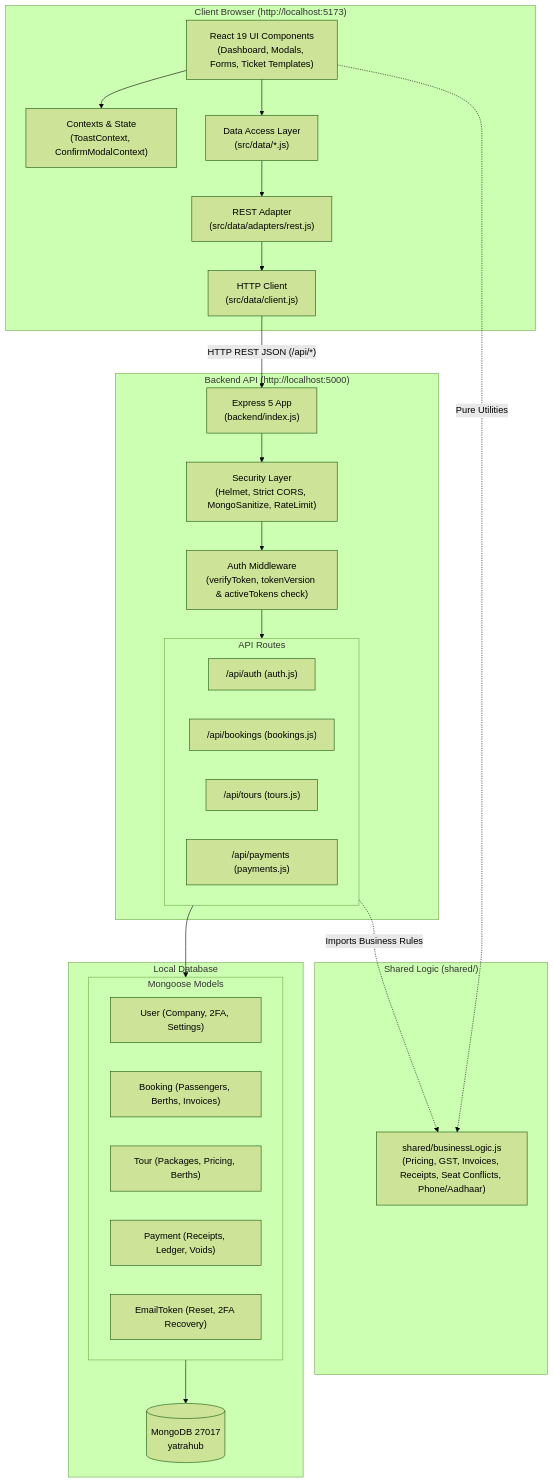
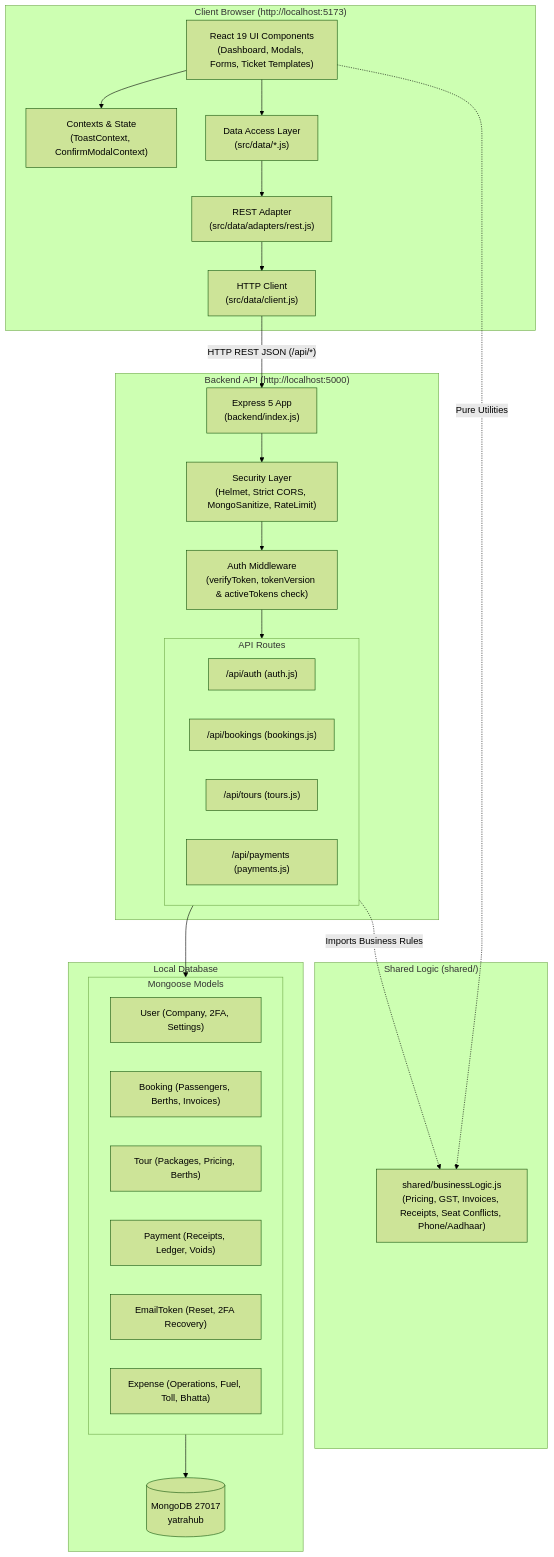
One commit to unbekannt01/Travel-Booking-System changed the diagram in docs/ARCHITECTURE.md. Above: the diagram before and after it, drawn with Mermaid (forest theme). The commit also changed other lines of this file and 20 other files, not shown here.

````diff
--- a/docs/ARCHITECTURE.md
+++ b/docs/ARCHITECTURE.md
@@ -16,53 +16,54 @@
 ```mermaid
 graph TD
     subgraph Client ["Client Browser (http://localhost:5173)"]
         UI["React 19 UI Components<br/>(Dashboard, Modals, Forms, Ticket Templates)"]
         State["Contexts & State<br/>(ToastContext, ConfirmModalContext)"]
         DataLayer["Data Access Layer<br/>(src/data/*.js)"]
         RestAdapter["REST Adapter<br/>(src/data/adapters/rest.js)"]
         HTTPClient["HTTP Client<br/>(src/data/client.js)"]
         
         UI --> State
         UI --> DataLayer
         DataLayer --> RestAdapter
         RestAdapter --> HTTPClient
     end
 
     subgraph Shared ["Shared Logic (shared/)"]
         BizLogic["shared/businessLogic.js<br/>(Pricing, GST, Invoices, Receipts, Seat Conflicts, Phone/Aadhaar)"]
     end
 
     subgraph Backend ["Backend API (http://localhost:5000)"]
         ExpressApp["Express 5 App<br/>(backend/index.js)"]
         SecurityLayer["Security Layer<br/>(Helmet, Strict CORS, MongoSanitize, RateLimit)"]
         AuthMiddleware["Auth Middleware<br/>(verifyToken, tokenVersion & activeTokens check)"]
         
         subgraph Routes ["API Routes"]
             AuthRoute["/api/auth (auth.js)"]
             BookingRoute["/api/bookings (bookings.js)"]
             TourRoute["/api/tours (tours.js)"]
             PaymentRoute["/api/payments (payments.js)"]
         end
         
         ExpressApp --> SecurityLayer
         SecurityLayer --> AuthMiddleware
         AuthMiddleware --> Routes
     end
 
     subgraph Database ["Local Database"]
         MongoDB[("MongoDB 27017<br/>yatrahub")]
         subgraph Models ["Mongoose Models"]
             UserModel["User (Company, 2FA, Settings)"]
             BookingModel["Booking (Passengers, Berths, Invoices)"]
             TourModel["Tour (Packages, Pricing, Berths)"]
             PaymentModel["Payment (Receipts, Ledger, Voids)"]
             EmailTokenModel["EmailToken (Reset, 2FA Recovery)"]
+            ExpenseModel["Expense (Operations, Fuel, Toll, Bhatta)"]
         end
     end
 
     HTTPClient -->|"HTTP REST JSON (/api/*)"| ExpressApp
     UI -.->|"Pure Utilities"| BizLogic
     Routes -.->|"Imports Business Rules"| BizLogic
     Routes --> Models
     Models --> MongoDB
 ```
````
